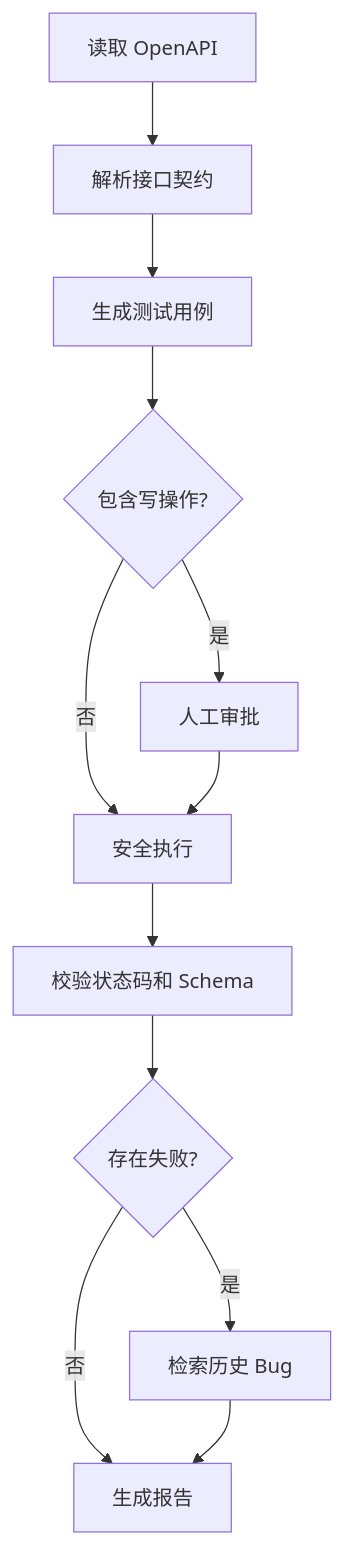
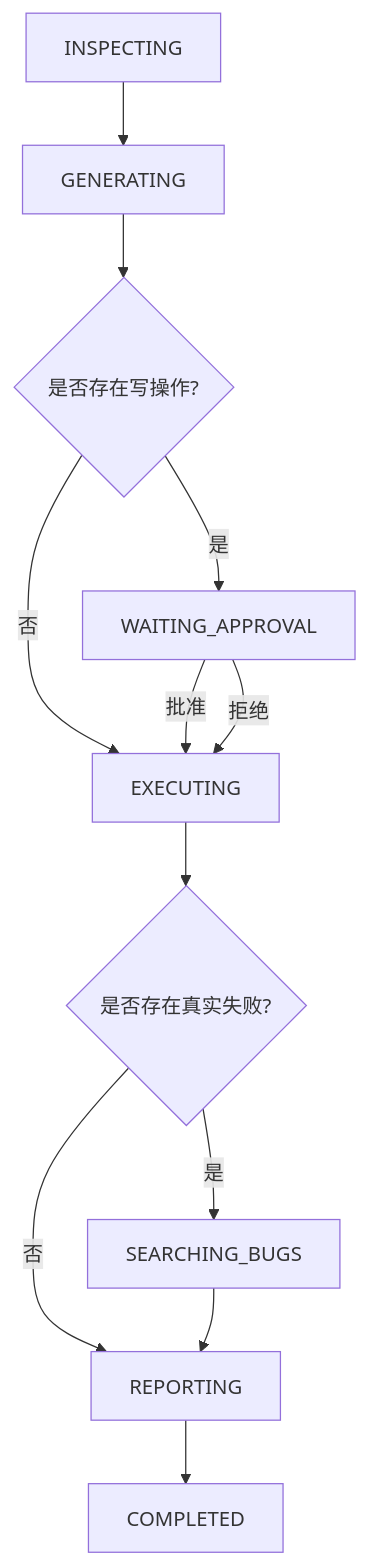
Before and after one commit to dawn95659-commits/TestPilot-Lite: the second of 2 diagrams in README.md, drawn with Mermaid. The commit also changed other lines of this file, not shown here.

````diff
--- a/README.md
+++ b/README.md
@@ -9,14 +252,21 @@
 ```mermaid
 flowchart TD
-    A["读取 OpenAPI"] --> B["解析接口契约"]
-    B --> C["生成测试用例"]
-    C --> D{"包含写操作?"}
-    D -- 是 --> E["人工审批"]
-    D -- 否 --> F["安全执行"]
-    E --> F
-    F --> G["校验状态码和 Schema"]
-    G --> H{"存在失败?"}
-    H -- 是 --> I["检索历史 Bug"]
-    H -- 否 --> J["生成报告"]
-    I --> J
+    A[INSPECTING] --> B[GENERATING]
+
+    B --> C{是否存在写操作?}
+
+    C -- 是 --> D[WAITING_APPROVAL]
+    C -- 否 --> E[EXECUTING]
+
+    D -- 批准 --> E
+    D -- 拒绝 --> E
+
+    E --> F{是否存在真实失败?}
+
+    F -- 是 --> G[SEARCHING_BUGS]
+    F -- 否 --> H[REPORTING]
+
+    G --> H
+
+    H --> I[COMPLETED]
 ```
````
